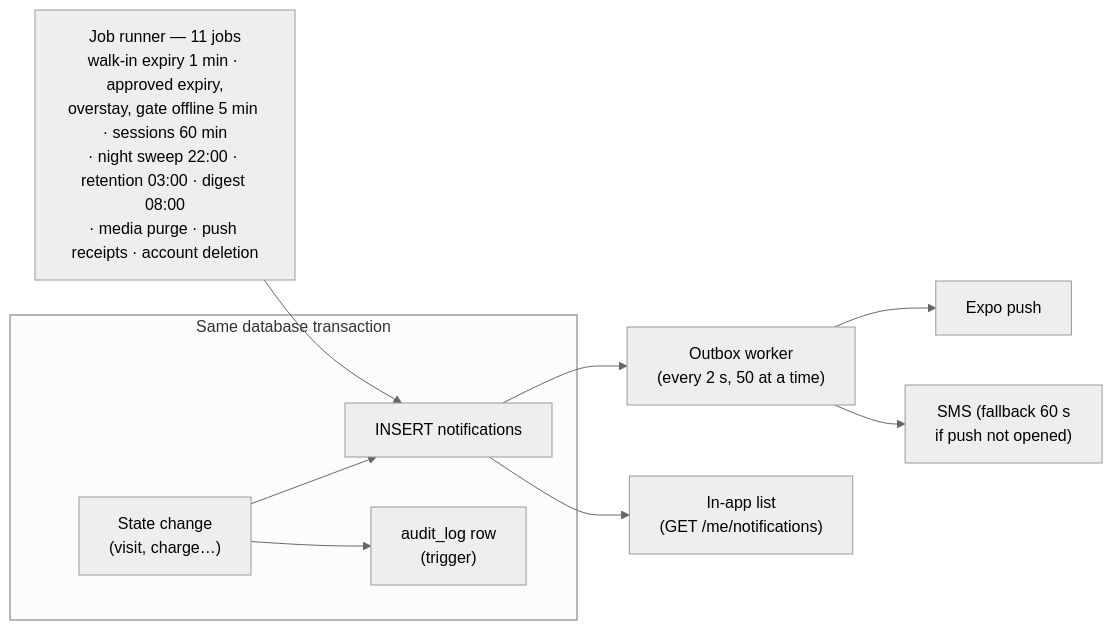
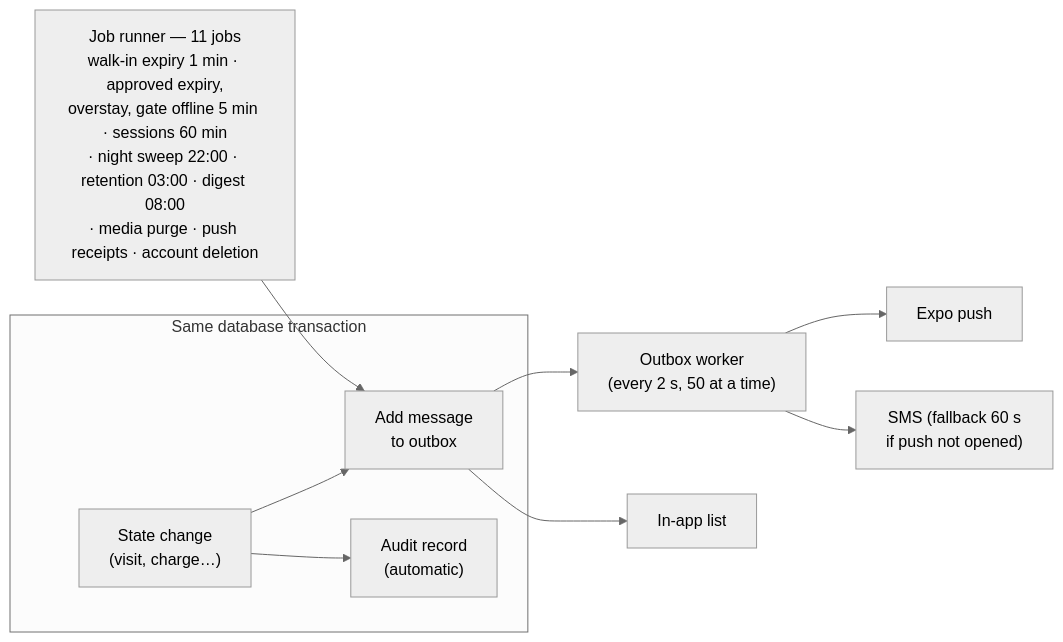
Before and after one commit to keeratpunia/HAVEN: the diagram in docs/report/diagrams/outbox.mmd, drawn with Mermaid (neutral theme). The commit also changed 15 other files, not shown here.

```diff
--- a/docs/report/diagrams/outbox.mmd
+++ b/docs/report/diagrams/outbox.mmd
@@ -1,11 +1,11 @@
 %% Notification outbox and scheduled jobs (notify/worker.ts, jobs/runner.ts)
 flowchart LR
   subgraph TX["Same database transaction"]
-    S["State change<br/>(visit, charge…)"] --> N["INSERT notifications"]
-    S --> AU["audit_log row<br/>(trigger)"]
+    S["State change<br/>(visit, charge…)"] --> N["Add message<br/>to outbox"]
+    S --> AU["Audit record<br/>(automatic)"]
   end
   JOBS["Job runner — 11 jobs<br/>walk-in expiry 1 min · approved expiry,<br/>overstay, gate offline 5 min · sessions 60 min<br/>· night sweep 22:00 · retention 03:00 · digest 08:00<br/>· media purge · push receipts · account deletion"] --> N
   N --> W["Outbox worker<br/>(every 2 s, 50 at a time)"]
   W --> PU["Expo push"]
   W --> SM["SMS (fallback 60 s<br/>if push not opened)"]
-  N --> IA["In-app list<br/>(GET /me/notifications)"]
+  N --> IA["In-app list"]
```
